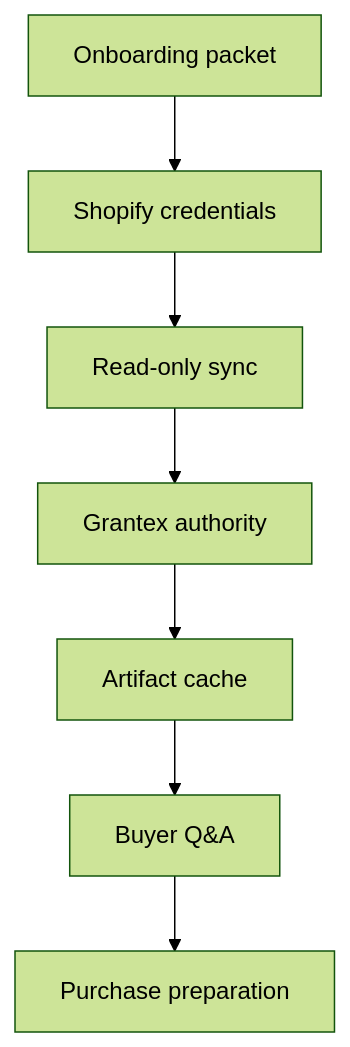
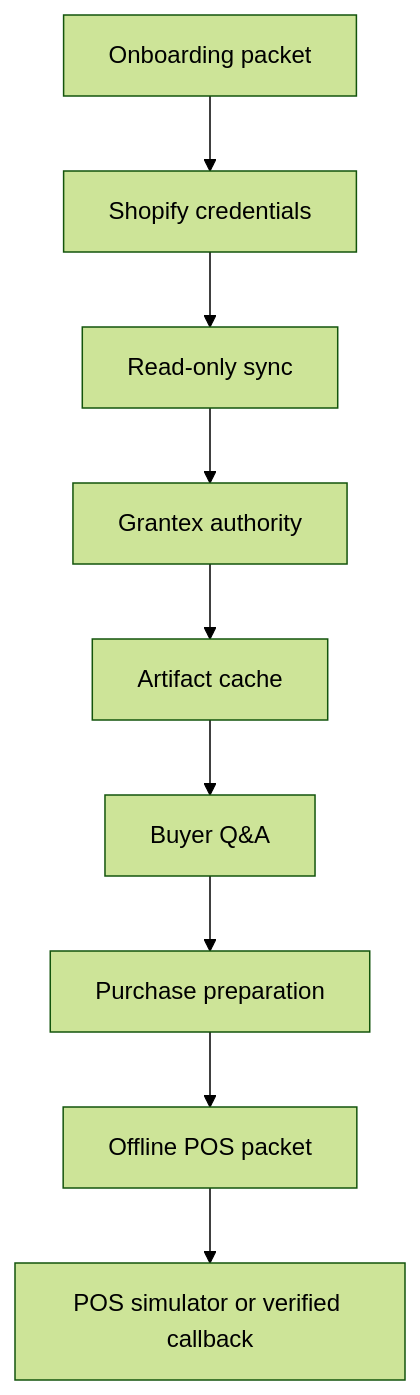
The diagram in docs/oacp/explainers/launch-rollback-runbook.md (mishrasanjeev/agentic-org), drawn with Mermaid (forest theme) before and after one commit. The commit also changed other lines of this file and 28 other files, not shown here.

Commit message:
Implement Offline POS Bridge runtime slice

````diff
--- a/docs/oacp/explainers/launch-rollback-runbook.md
+++ b/docs/oacp/explainers/launch-rollback-runbook.md
@@ -7,9 +7,11 @@
 ```mermaid
 flowchart TD
   packet[Onboarding packet] --> shopify[Shopify credentials]
   shopify --> sync[Read-only sync]
   sync --> authority[Grantex authority]
   authority --> cache[Artifact cache]
   cache --> buyer[Buyer Q&A]
   buyer --> prepare[Purchase preparation]
+  prepare --> pos[Offline POS packet]
+  pos --> reconcile[POS simulator or verified callback]
 ```
````
